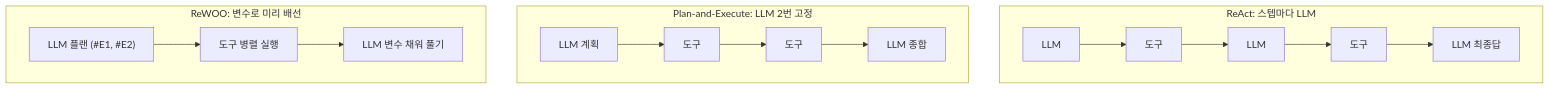
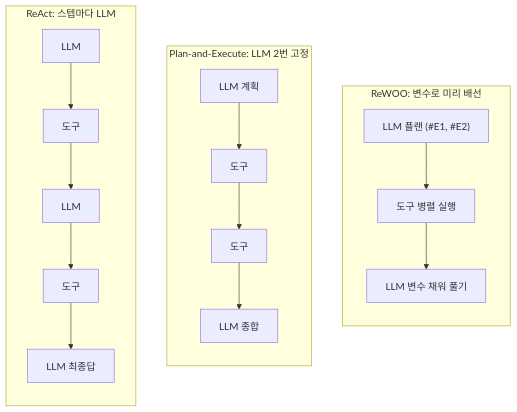
One commit to 2026-ai-agents/2026-ai-agents changed the diagram in site/src/content/courses/ko/day-01-session-06.mdx. Above: the diagram before and after it, drawn with Mermaid.

Commit message:
Stand the loop-comparison pipelines upright
The session 6 intro diagram declared flowchart TD but its subgraph
chains still ran horizontally, so three side-by-side horizontal
pipelines scaled the whole figure down to unreadable and mermaid even
reversed their order. Each loop is now a TB column inside an LR root
with invisible node edges pinning ReAct, Plan-and-Execute, ReWOO left
to right — verified in the browser along with the compact and
defense-layer diagrams, which render fine as-is.

````diff
--- a/site/src/content/courses/ko/day-01-session-06.mdx
+++ b/site/src/content/courses/ko/day-01-session-06.mdx
@@ -22,12 +22,17 @@
 ```mermaid
-flowchart TD
+flowchart LR
     subgraph R["ReAct: 스텝마다 LLM"]
+        direction TB
         R1["LLM"] --> RT1["도구"] --> R2["LLM"] --> RT2["도구"] --> R3["LLM 최종답"]
     end
     subgraph P["Plan-and-Execute: LLM 2번 고정"]
+        direction TB
         P1["LLM 계획"] --> PT1["도구"] --> PT2["도구"] --> P2["LLM 종합"]
     end
     subgraph W["ReWOO: 변수로 미리 배선"]
+        direction TB
         W1["LLM 플랜 (#E1, #E2)"] --> WT1["도구 병렬 실행"] --> W2["LLM 변수 채워 풀기"]
     end
+    R1 ~~~ P1
+    P1 ~~~ W1
 ```
````
